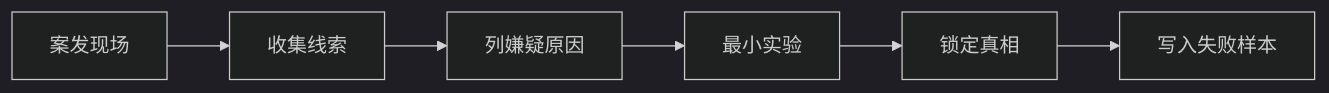
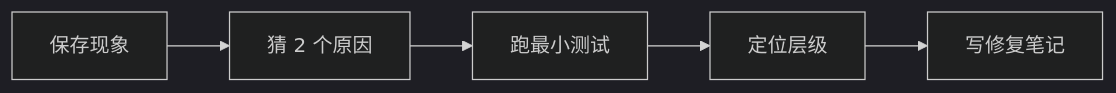
Before and after one commit to oudbiao/AI-fullstack-course: the diagram in i18n/zh-Hans/docusaurus-plugin-content-docs/current/intro/debug-detective-missions.md, drawn with Mermaid (dark theme). The commit also changed other lines of this file and 5 other files, not shown here.

````diff
--- a/i18n/zh-Hans/docusaurus-plugin-content-docs/current/intro/debug-detective-missions.md
+++ b/i18n/zh-Hans/docusaurus-plugin-content-docs/current/intro/debug-detective-missions.md
@@ -32,8 +16,7 @@
 ```mermaid
 flowchart LR
-  A[案发现场] --> B[收集线索]
-  B --> C[列嫌疑原因]
-  C --> D[最小实验]
-  D --> E[锁定真相]
-  E --> F[写入失败样本]
+  A["保存现象"] --> B["猜 2 个原因"]
+  B --> C["跑最小测试"]
+  C --> D["定位层级"]
+  D --> E["写修复笔记"]
 ```
````
